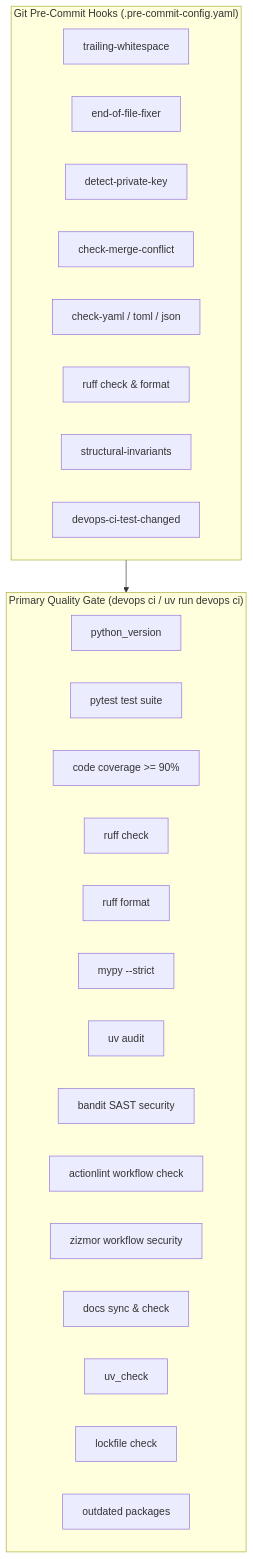
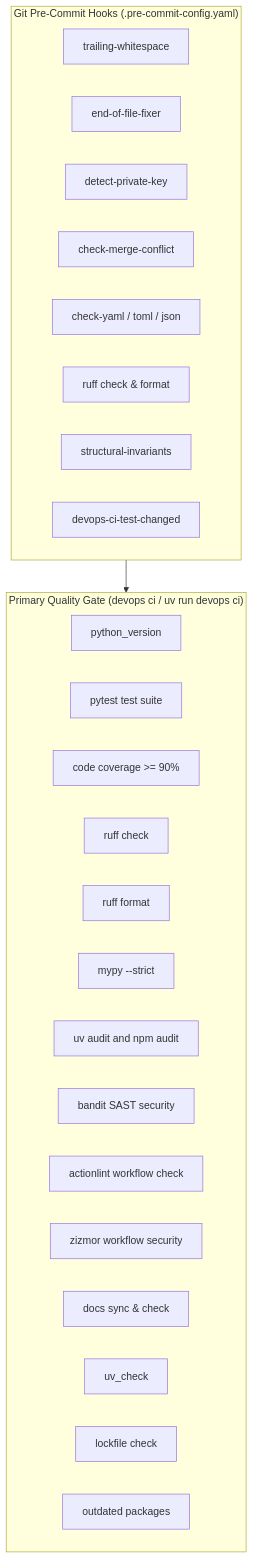
One commit to dan-petty/devops-cli changed the fifth of 8 diagrams in docs/SDLC.md. Above: the diagram before and after it, drawn with Mermaid. The commit also changed other lines of this file and 43 other files, not shown here.

````diff
--- a/docs/SDLC.md
+++ b/docs/SDLC.md
@@ -150,32 +150,32 @@
 ```mermaid
 flowchart TD
     subgraph PreCommit["Git Pre-Commit Hooks (.pre-commit-config.yaml)"]
         H1[trailing-whitespace]
         H2[end-of-file-fixer]
         H3[detect-private-key]
         H4[check-merge-conflict]
         H5[check-yaml / toml / json]
         H6[ruff check & format]
         H7[structural-invariants]
         H8[devops-ci-test-changed]
     end
 
     subgraph CIQualityGate["Primary Quality Gate (devops ci / uv run devops ci)"]
         G1[python_version]
         G2[pytest test suite]
         G3[code coverage >= 90%]
         G4[ruff check]
         G5[ruff format]
         G6[mypy --strict]
-        G7[uv audit]
+        G7[uv audit and npm audit]
         G8[bandit SAST security]
         G9[actionlint workflow check]
         G9b[zizmor workflow security]
         G10[docs sync & check]
         G11[uv_check]
         G12[lockfile check]
         G13[outdated packages]
     end
 
     PreCommit --> CIQualityGate
 ```
````
